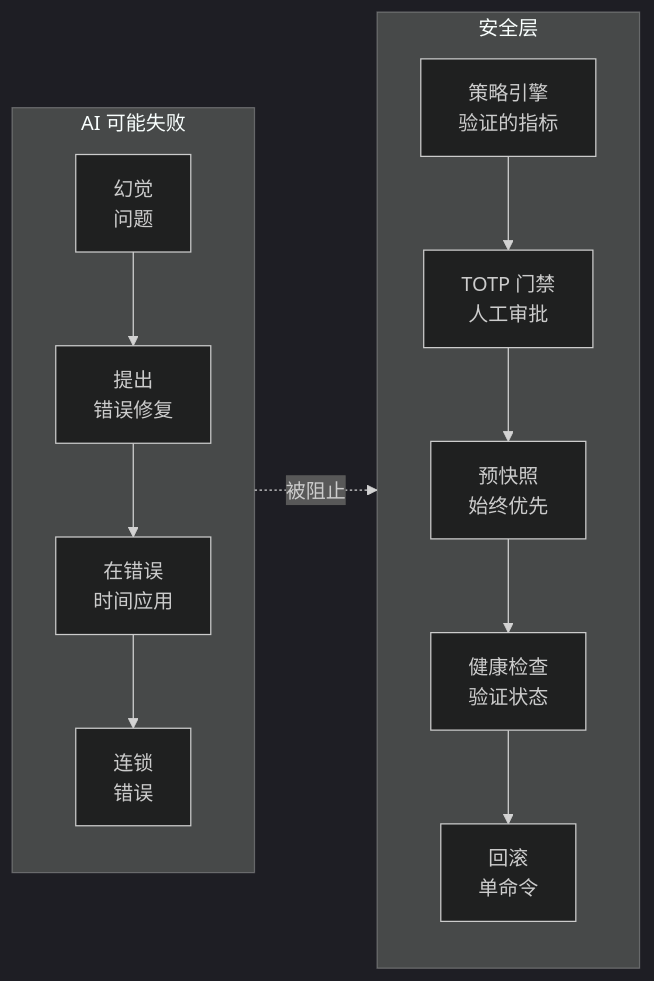
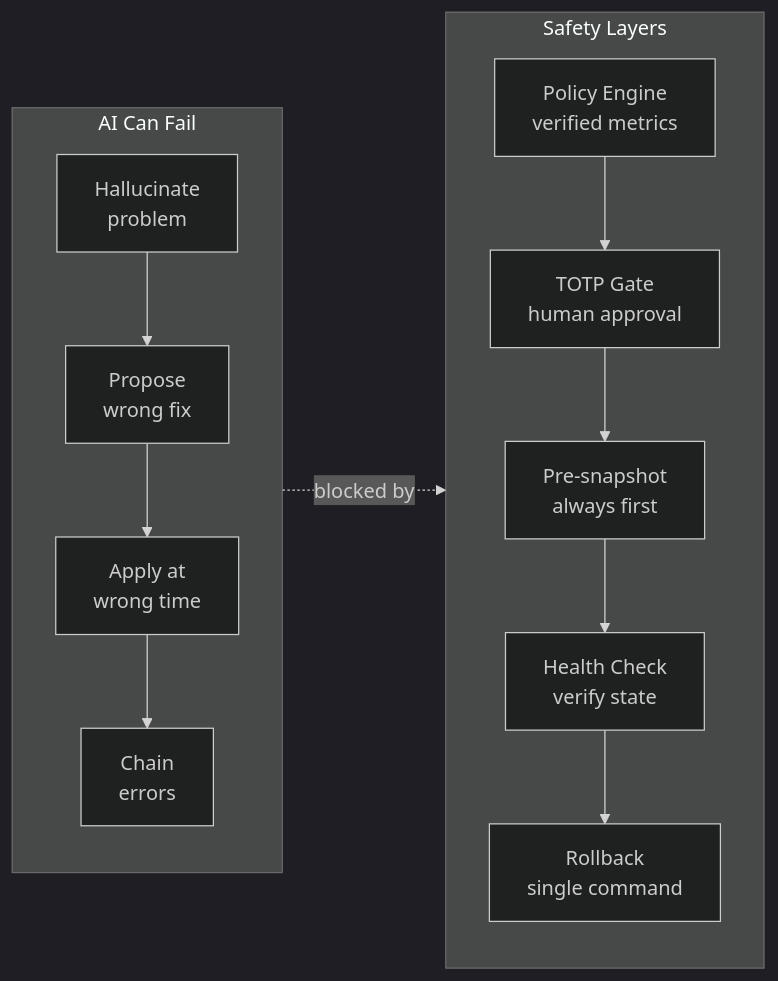
Before and after one commit to stars-labs/self-healing-nixos-infra: the fourth of 12 diagrams in i18n/zh/docusaurus-plugin-content-docs/current/architecture.md, drawn with Mermaid (dark theme). The commit also changed other lines of this file and 15 other files, not shown here.

First line of the commit message:
Fix Mermaid parse errors in Chinese docs

````diff
--- a/i18n/zh/docusaurus-plugin-content-docs/current/architecture.md
+++ b/i18n/zh/docusaurus-plugin-content-docs/current/architecture.md
@@ -147,17 +147,17 @@
 ```mermaid
 flowchart LR
-    subgraph AI_Risks["AI 可能失败"]
-        A[幻觉<br/>问题] --> B[提出<br/>错误修复]
-        B --> C[在错误<br/>时间应用]
-        C --> D[连锁<br/>错误]
+    subgraph AI_Risks["AI Can Fail"]
+        A[Hallucinate<br/>problem] --> B[Propose<br/>wrong fix]
+        B --> C[Apply at<br/>wrong time]
+        C --> D[Chain<br/>errors]
     end
     
-    subgraph Safety_Layers["安全层"]
-        E[策略引擎<br/>验证的指标] --> F[TOTP 门禁<br/>人工审批]
-        F --> G[预快照<br/>始终优先]
-        G --> H[健康检查<br/>验证状态]
-        H --> I[回滚<br/>单命令]
+    subgraph Safety_Layers["Safety Layers"]
+        E[Policy Engine<br/>verified metrics] --> F[TOTP Gate<br/>human approval]
+        F --> G[Pre-snapshot<br/>always first]
+        G --> H[Health Check<br/>verify state]
+        H --> I[Rollback<br/>single command]
     end
     
-    AI_Risks -.->|被阻止| Safety_Layers
+    AI_Risks -.->|blocked by| Safety_Layers
 ```
````
